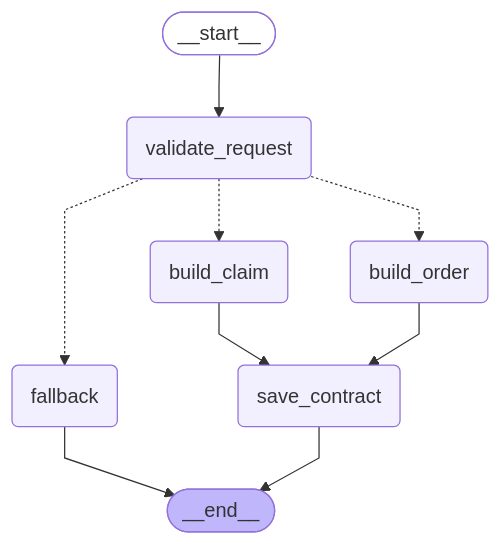
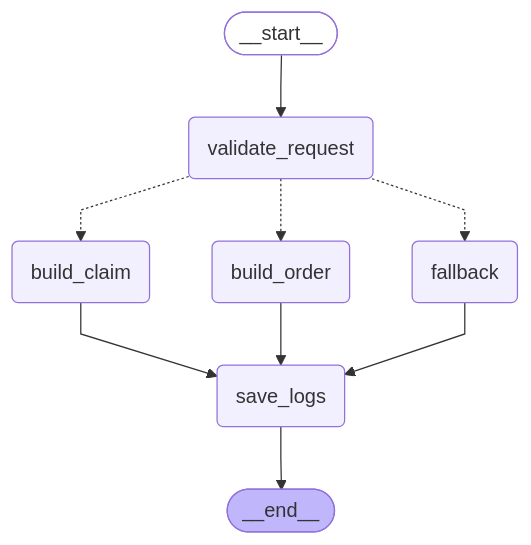
Before and after one commit to Noso4ek27/graph_use: the diagram in GRAPH_SCHEMA.md, drawn with Mermaid. The commit also changed 12 other files, not shown here.

First line of the commit message:
Structure, utils, schemas

````diff
--- a/GRAPH_SCHEMA.md
+++ b/GRAPH_SCHEMA.md
@@ -3,27 +3,27 @@
 ```mermaid
 ---
 config:
   flowchart:
     curve: linear
 ---
 graph TD;
 	__start__([<p>__start__</p>]):::first
 	validate_request(validate_request)
 	build_order(build_order)
 	build_claim(build_claim)
-	save_contract(save_contract)
+	save_logs(save_logs)
 	fallback(fallback)
 	__end__([<p>__end__</p>]):::last
 	__start__ --> validate_request;
-	build_claim --> save_contract;
-	build_order --> save_contract;
+	build_claim --> save_logs;
+	build_order --> save_logs;
+	fallback --> save_logs;
 	validate_request -.-> build_claim;
 	validate_request -.-> build_order;
 	validate_request -.-> fallback;
-	fallback --> __end__;
-	save_contract --> __end__;
+	save_logs --> __end__;
 	classDef default fill:#f2f0ff,line-height:1.2
 	classDef first fill-opacity:0
 	classDef last fill:#bfb6fc
 
 ```
````
